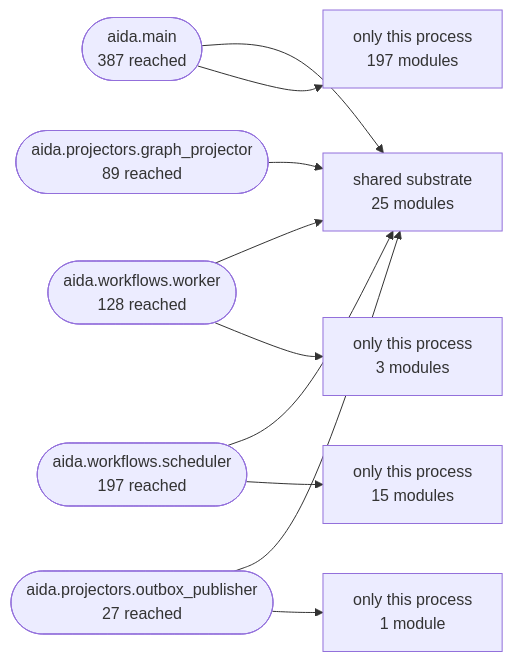
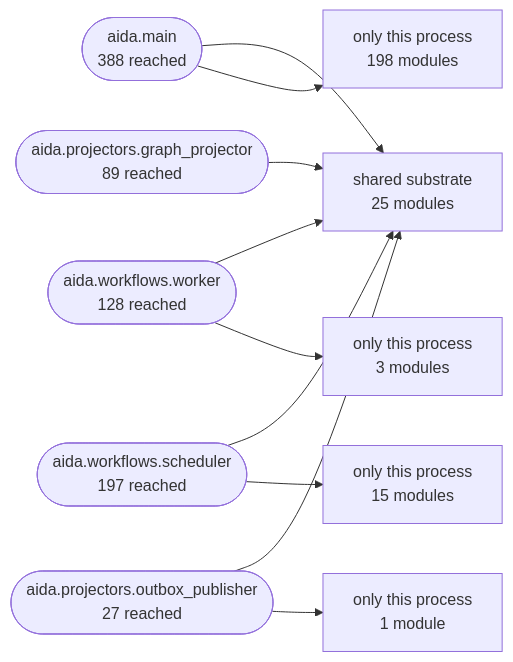
Before and after one commit to karuppusamym/AIDataAnalyst: the second of 3 diagrams in Docs/10-architecture/14-generated-architecture-map.md, drawn with Mermaid. The commit also changed other lines of this file, not shown here.

First line of the commit message:
Regenerate the architecture map: 418 modules, and governed_execution no longer imports a router

````diff
--- a/Docs/10-architecture/14-generated-architecture-map.md
+++ b/Docs/10-architecture/14-generated-architecture-map.md
@@ -180,22 +179,22 @@
 ```mermaid
 graph LR
   shared["shared substrate<br/>25 modules"]
-  aida_main(["aida.main<br/>387 reached"])
+  aida_main(["aida.main<br/>388 reached"])
   aida_workflows_worker(["aida.workflows.worker<br/>128 reached"])
   aida_workflows_scheduler(["aida.workflows.scheduler<br/>197 reached"])
   aida_projectors_graph_projector(["aida.projectors.graph_projector<br/>89 reached"])
   aida_projectors_outbox_publisher(["aida.projectors.outbox_publisher<br/>27 reached"])
   aida_main --> shared
-  only_aida_main["only this process<br/>197 modules"]
+  only_aida_main["only this process<br/>198 modules"]
   aida_main --> only_aida_main
   aida_workflows_worker --> shared
   only_aida_workflows_worker["only this process<br/>3 modules"]
   aida_workflows_worker --> only_aida_workflows_worker
   aida_workflows_scheduler --> shared
   only_aida_workflows_scheduler["only this process<br/>15 modules"]
   aida_workflows_scheduler --> only_aida_workflows_scheduler
   aida_projectors_graph_projector --> shared
   aida_projectors_outbox_publisher --> shared
   only_aida_projectors_outbox_publisher["only this process<br/>1 module"]
   aida_projectors_outbox_publisher --> only_aida_projectors_outbox_publisher
 ```
````
